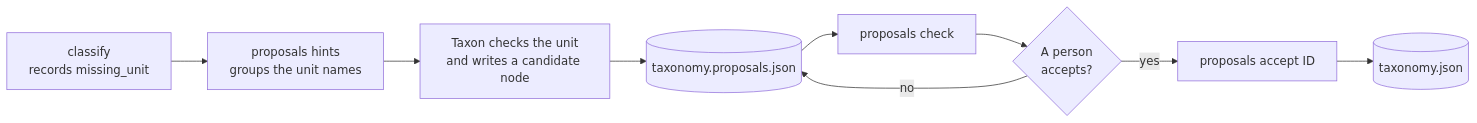
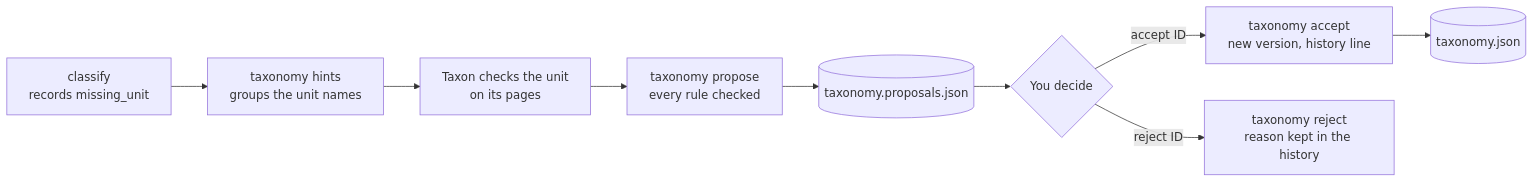
One commit to alogean/uzh_data_crawler changed the third of 3 diagrams in docs/agent.md. Above: the diagram before and after it, drawn with Mermaid. The commit also changed other lines of this file and 26 other files, not shown here.

Commit message:
Add the taxon-gate skill and the taxonomy command, the one gate that reads, checks, versions, records and exports the taxonomy as CSV, JSON, Markdown and SKOS Turtle.

````diff
--- a/docs/agent.md
+++ b/docs/agent.md
@@ -119,11 +123,11 @@
 ```mermaid
 flowchart LR
-    classify["classify<br/>records missing_unit"] --> hints["proposals hints<br/>groups the unit names"]
-    hints --> agent["Taxon checks the unit<br/>and writes a candidate node"]
-    agent --> file[("taxonomy.proposals.json")]
-    file --> check["proposals check"]
-    check --> person{"A person<br/>accepts?"}
-    person -- "yes" --> accept["proposals accept ID"]
+    classify["classify<br/>records missing_unit"] --> hints["taxonomy hints<br/>groups the unit names"]
+    hints --> agent["Taxon checks the unit<br/>on its pages"]
+    agent --> propose["taxonomy propose<br/>every rule checked"]
+    propose --> file[("taxonomy.proposals.json")]
+    file --> person{"You decide"}
+    person -- "accept ID" --> accept["taxonomy accept<br/>new version, history line"]
     accept --> taxonomy[("taxonomy.json")]
-    person -- "no" --> file
+    person -- "reject ID" --> reject["taxonomy reject<br/>reason kept in the history"]
 ```
````
